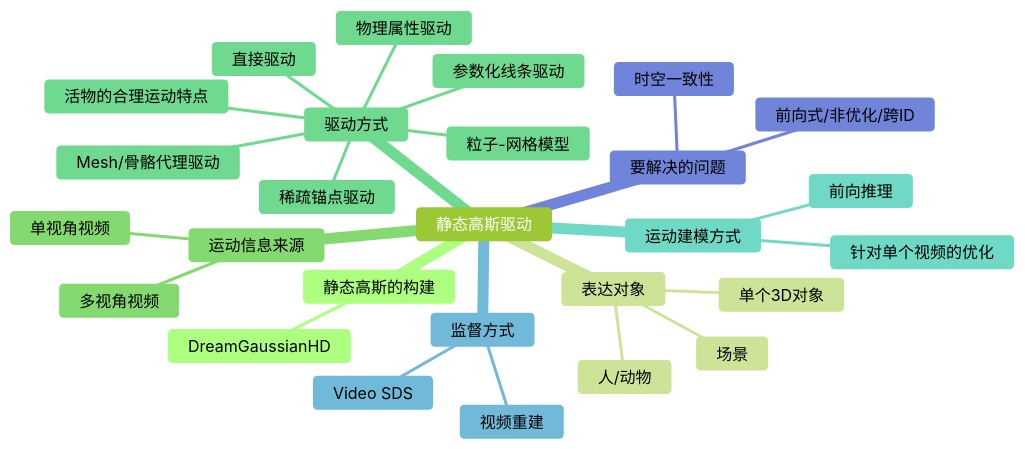
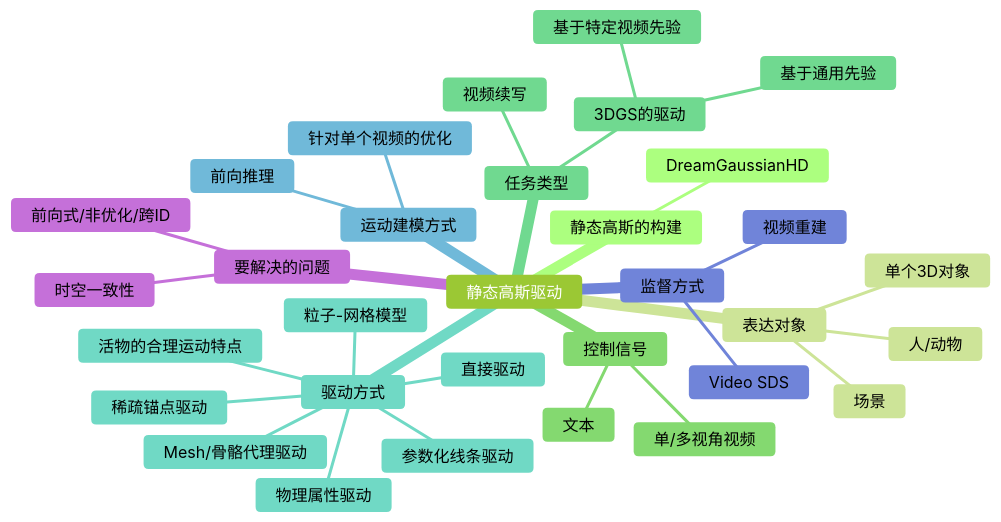
The third of 3 diagrams in src/3DGSAnimation/Static.md (CaterpillarStudyGroup/ImportantArticles), drawn with Mermaid (forest theme) before and after one commit. The commit also changed other lines of this file and 1 other file, not shown here.

````diff
--- a/src/3DGSAnimation/Static.md
+++ b/src/3DGSAnimation/Static.md
@@ -10,30 +40,35 @@
 ```mermaid
 mindmap
 静态高斯驱动
     静态高斯的构建
         DreamGaussianHD
     表达对象
         场景
         单个3D对象
         人/动物
-    运动信息来源
-        单视角视频
-        多视角视频
+    控制信号
+        单/多视角视频
+        文本
+    任务类型
+        视频续写
+        3DGS的驱动
+            基于特定视频先验
+            基于通用先验
     驱动方式
         直接驱动
         Mesh/骨骼代理驱动
         参数化线条驱动
         活物的合理运动特点
         物理属性驱动
         稀疏锚点驱动
         粒子-网格模型
     运动建模方式
         针对单个视频的优化
         前向推理
     监督方式
         Video SDS
         视频重建
     要解决的问题
         时空一致性
         前向式/非优化/跨ID
 ```
````
